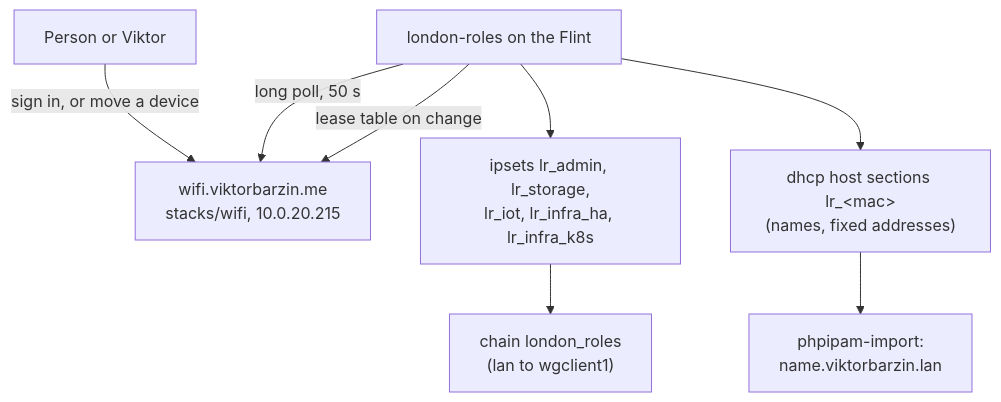
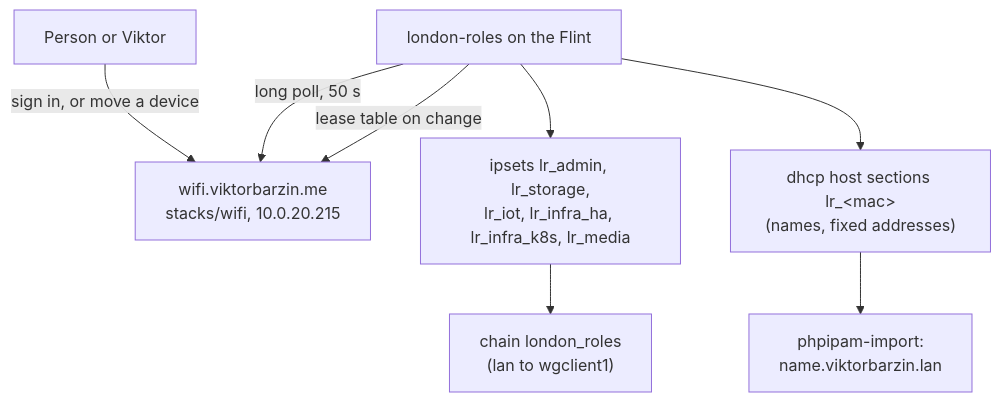
The second of 2 diagrams in docs/architecture/london-site.md (ViktorBarzin/infra), drawn with Mermaid before and after one commit. The commit also changed other lines of this file and 2 other files, not shown here.

Commit message:
London roles: a media role that reaches Traefik's HTTPS port
The projector runs ImmichFrame, which loads photos from the cluster through
Traefik (10.0.20.203:443). As a guest it was blocked every 5 s. Viktor chose
a media role with only that pinhole over making the projector an admin.

````diff
--- a/docs/architecture/london-site.md
+++ b/docs/architecture/london-site.md
@@ -88,10 +88,10 @@
 ```mermaid
 flowchart TD
   person[Person or Viktor] -->|"sign in, or move a device"| app["wifi.viktorbarzin.me<br/>stacks/wifi, 10.0.20.215"]
   agent["london-roles on the Flint"] -->|"long poll, 50 s"| app
   agent -->|"lease table on change"| app
-  agent --> sets["ipsets lr_admin, lr_storage,<br/>lr_iot, lr_infra_ha, lr_infra_k8s"]
+  agent --> sets["ipsets lr_admin, lr_storage,<br/>lr_iot, lr_infra_ha, lr_infra_k8s, lr_media"]
   sets --> chain["chain london_roles<br/>(lan to wgclient1)"]
   agent --> hosts["dhcp host sections lr_&lt;mac&gt;<br/>(names, fixed addresses)"]
   hosts --> dns["phpipam-import:<br/>name.viktorbarzin.lan"]
 ```
````
